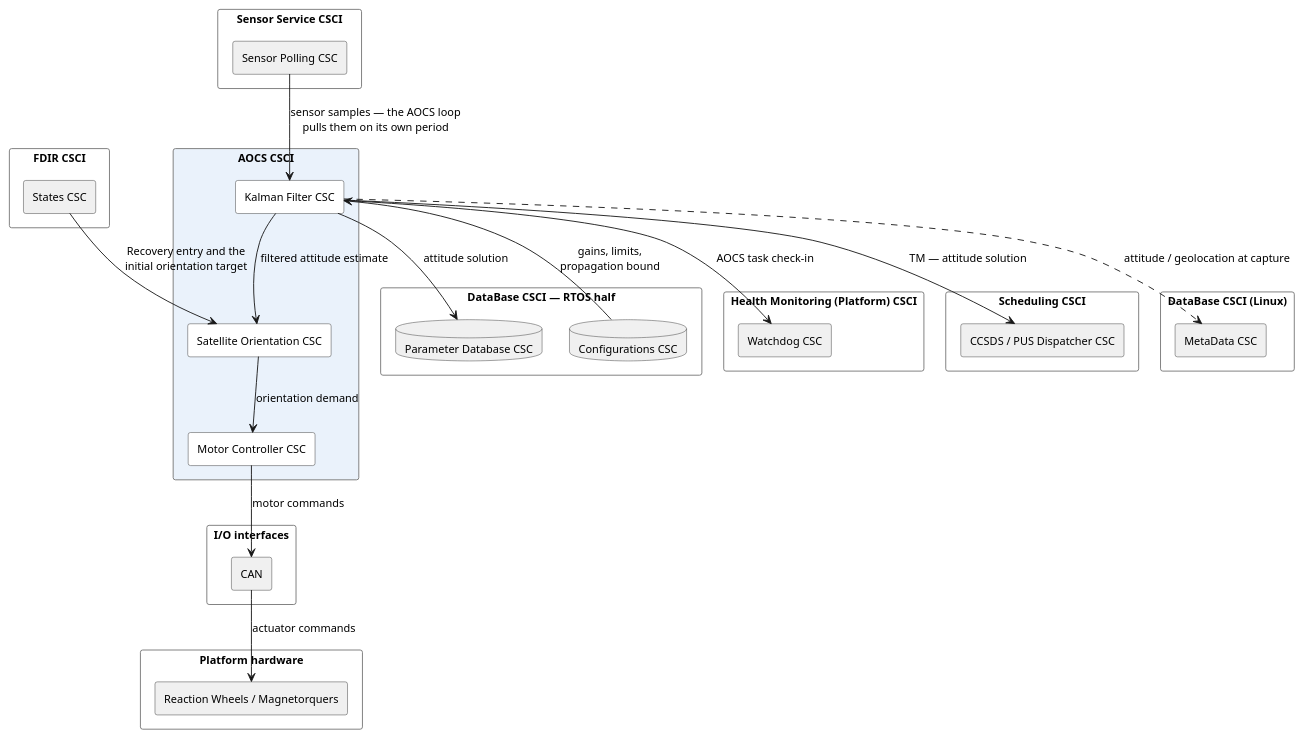
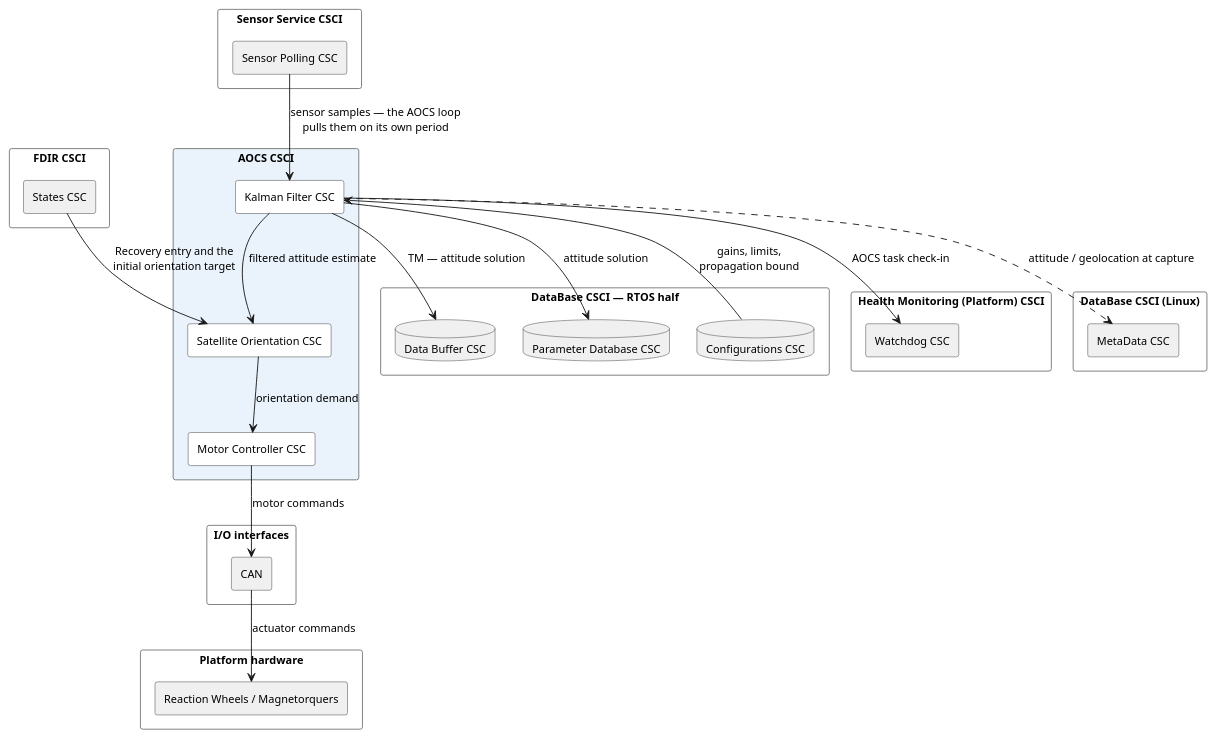
One commit to seapit/urban-memory changed the diagram in docs/puml/obc-csci-aocs.puml. Above: the diagram before and after it, drawn with PlantUML. The commit also changed 7 other files, not shown here.

Commit message:
fix diagrams

```diff
--- a/docs/puml/obc-csci-aocs.puml
+++ b/docs/puml/obc-csci-aocs.puml
@@ -1,76 +1,74 @@
 @startuml
 ' AOCS CSCI — the CSCI in full, with every relation that crosses its boundary.
 ' Everything drawn in grey is context: it is shown only far enough to say what
 ' this CSCI talks to. The whole picture is in obc-csci-full.puml.
 ' GENERATED from obc-csci-full.puml — edit that file, then re-run split.py.
 
 skinparam componentStyle rectangle
 skinparam packageStyle rectangle
 skinparam shadowing false
 skinparam nodesep 30
 skinparam ranksep 58
 skinparam defaultFontSize 12
 skinparam wrapWidth 240
 skinparam package {
   BackgroundColor #FFFFFF
   BorderColor #777777
 }
 skinparam component {
   BackgroundColor #FFFFFF
   BorderColor #333333
 }
 skinparam database {
   BackgroundColor #FFFFFF
   BorderColor #333333
 }
 
 ' ---------------------------------------------- the CSCI under view
 package "AOCS CSCI" as AOCS #EAF2FB {
   component "Kalman Filter CSC" as FILTER
   component "Satellite Orientation CSC" as SATORIENT
   component "Motor Controller CSC" as MOT
 }
 
 ' ---------------------------------------------- context only
 package "DataBase CSCI — RTOS half" as DBRT {
+  database "Data Buffer CSC" as DBUF #F0F0F0
   database "Configurations CSC" as CFG #F0F0F0
   database "Parameter Database CSC" as PDB #F0F0F0
 }
 package "Health Monitoring (Platform) CSCI" as HM {
   component "Watchdog CSC" as WD #F0F0F0
 }
 package "FDIR CSCI" as FDIR {
   component "States CSC" as STATES #F0F0F0
 }
 package "Sensor Service CSCI" as SENS {
   component "Sensor Polling CSC" as POLL #F0F0F0
 }
 package "I/O interfaces" as IFACE {
   component "CAN" as CAN #F0F0F0
-}
-package "Scheduling CSCI" as SCHED {
-  component "CCSDS / PUS Dispatcher CSC" as CCSDS #F0F0F0
 }
 package "DataBase CSCI (Linux)" as DBLX {
   component "MetaData CSC" as META #F0F0F0
 }
 package "Platform hardware" as PHW {
   component "Reaction Wheels / Magnetorquers" as ACT #F0F0F0
 }
 
 ' ---------------------------------------------- inside the CSCI
 FILTER --> SATORIENT : filtered attitude estimate
 SATORIENT --> MOT : orientation demand
 
 ' ---------------------------------------------- across its boundary
 CFG --> FILTER : gains, limits,\npropagation bound
 FILTER --> PDB : attitude solution
 FILTER --> WD : AOCS task check-in
 STATES --> SATORIENT : Recovery entry and the\ninitial orientation target
 POLL --> FILTER : sensor samples — the AOCS loop\npulls them on its own period
 MOT --> CAN : motor commands
-FILTER --> CCSDS : TM — attitude solution
+FILTER --> DBUF : TM — attitude solution
 FILTER ..> META : attitude / geolocation at capture
 CAN --> ACT : actuator commands
 
 @enduml
```
